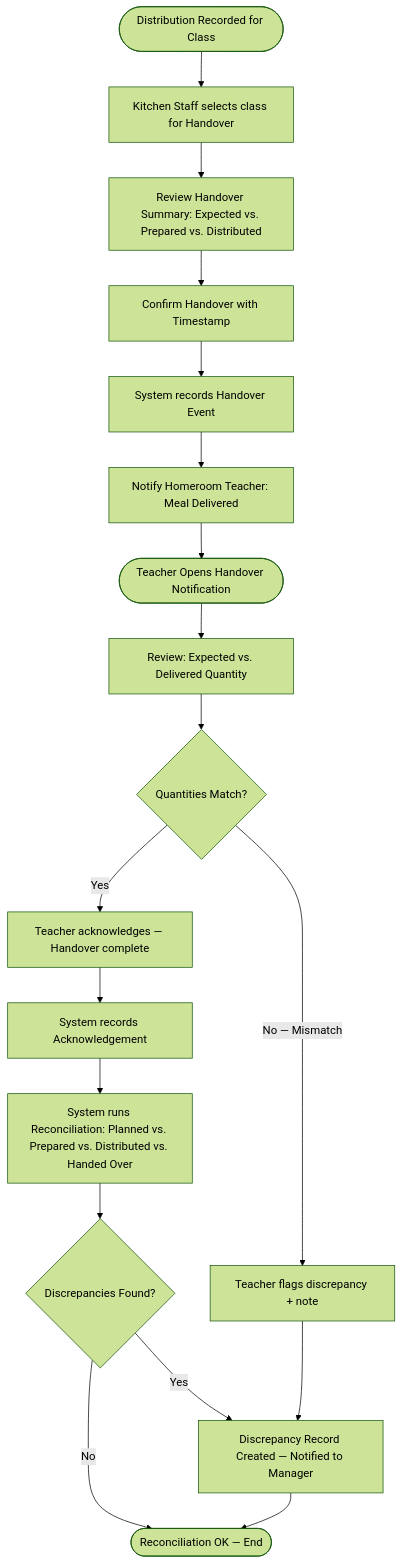
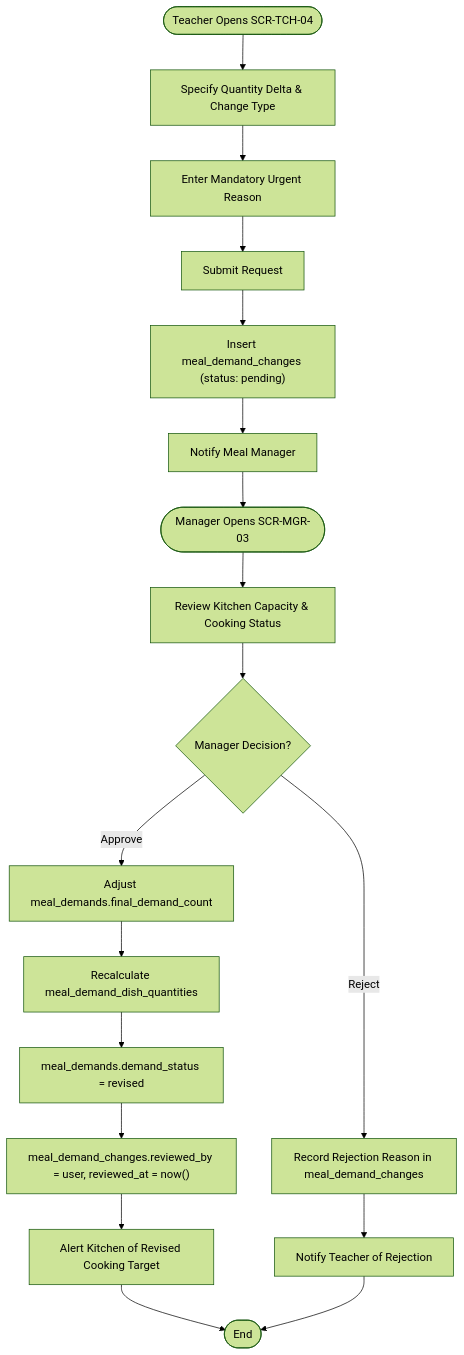
Before and after one commit to Bernie-TruongTQ/PRIMARY_SCHOOL_SEMI-BOARDING_MEAL_MANAGEMENT_SYSTEM: the third of 5 diagrams in docs/04-information-architecture/task-flows.md, drawn with Mermaid (forest theme). The commit also changed other lines of this file and 19 other files, not shown here.

Commit message:
docs: add comprehensive top-down documentation covering roles, use cases, information architecture, and traceability

````diff
--- a/docs/04-information-architecture/task-flows.md
+++ b/docs/04-information-architecture/task-flows.md
@@ -194,22 +78,23 @@
 ```mermaid
 flowchart TD
-    A([Distribution Recorded for Class]) --> B[Kitchen Staff selects class for Handover]
-    B --> C[Review Handover Summary: Expected vs. Prepared vs. Distributed]
-    C --> D[Confirm Handover with Timestamp]
-    D --> E[System records Handover Event]
-    E --> F[Notify Homeroom Teacher: Meal Delivered]
-
-    F --> G([Teacher Opens Handover Notification])
-    G --> H[Review: Expected vs. Delivered Quantity]
-    H --> I{Quantities Match?}
-    I -->|Yes| J[Teacher acknowledges — Handover complete]
-    J --> K[System records Acknowledgement]
-    K --> L[System runs Reconciliation: Planned vs. Prepared vs. Distributed vs. Handed Over]
-    L --> M{Discrepancies Found?}
-    M -->|No| N([Reconciliation OK — End])
-    M -->|Yes| O[Discrepancy Record Created — Notified to Manager]
-    O --> N
-
-    I -->|No — Mismatch| P[Teacher flags discrepancy + note]
-    P --> O
+    Start([Teacher Opens SCR-TCH-04]) --> EnterDelta[Specify Quantity Delta & Change Type]
+    EnterDelta --> EnterReason[Enter Mandatory Urgent Reason]
+    EnterReason --> SubmitReq[Submit Request]
+    SubmitReq --> LogPending["Insert meal_demand_changes (status: pending)"]
+    LogPending --> NotifyMGR[Notify Meal Manager]
+    
+    NotifyMGR --> OpenQueue([Manager Opens SCR-MGR-03])
+    OpenQueue --> ReviewImpact[Review Kitchen Capacity & Cooking Status]
+    ReviewImpact --> Decision{Manager Decision?}
+    
+    Decision -->|Approve| UpdateDemand["Adjust meal_demands.final_demand_count"]
+    UpdateDemand --> RecalcDishes[Recalculate meal_demand_dish_quantities]
+    RecalcDishes --> SetRevised["meal_demands.demand_status = revised"]
+    SetRevised --> CloseApprove["meal_demand_changes.reviewed_by = user, reviewed_at = now()"]
+    CloseApprove --> AlertKitchen[Alert Kitchen of Revised Cooking Target]
+    
+    Decision -->|Reject| CloseReject["Record Rejection Reason in meal_demand_changes"]
+    CloseReject --> NotifyTeacher[Notify Teacher of Rejection]
+    AlertKitchen --> EndTF3([End])
+    NotifyTeacher --> EndTF3
 ```
````
